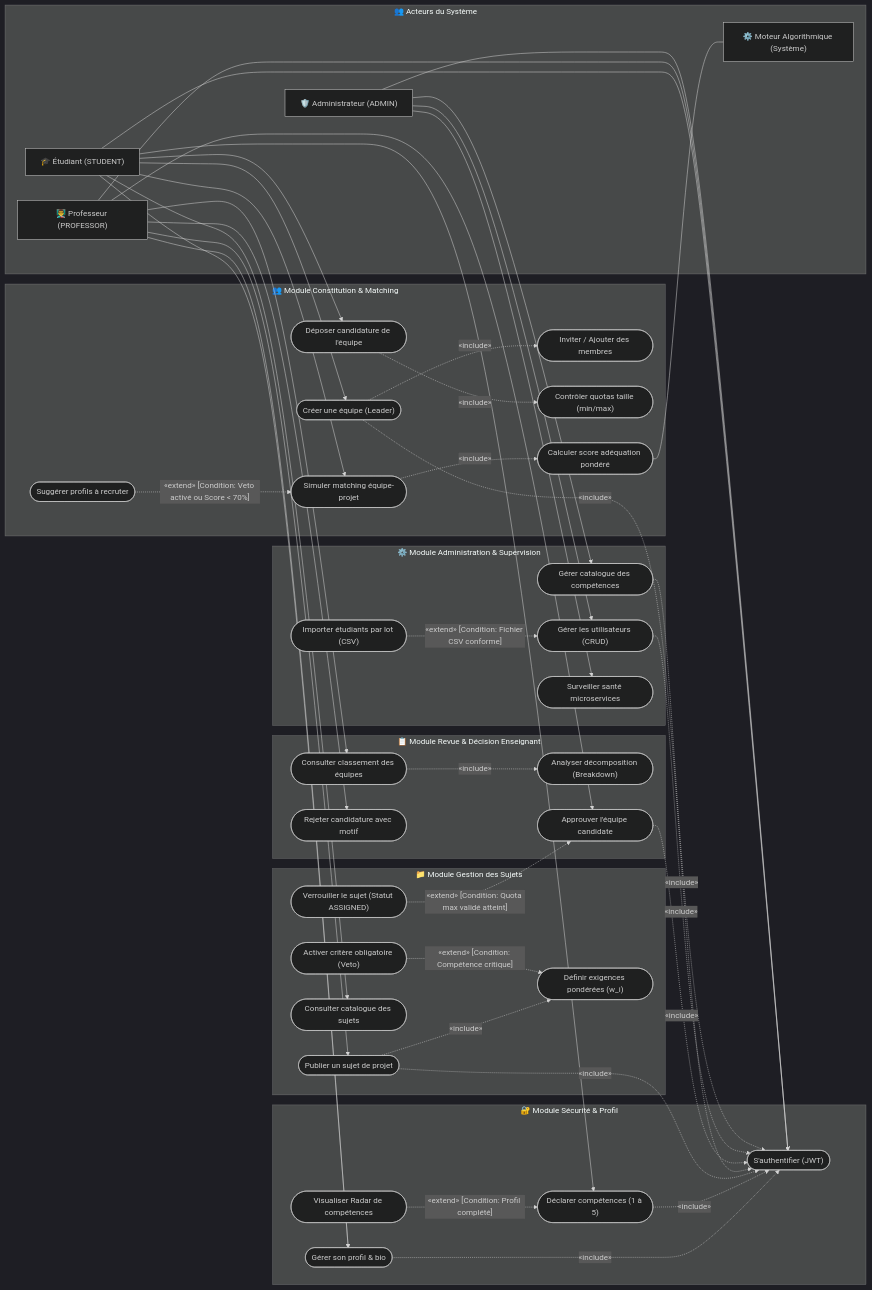
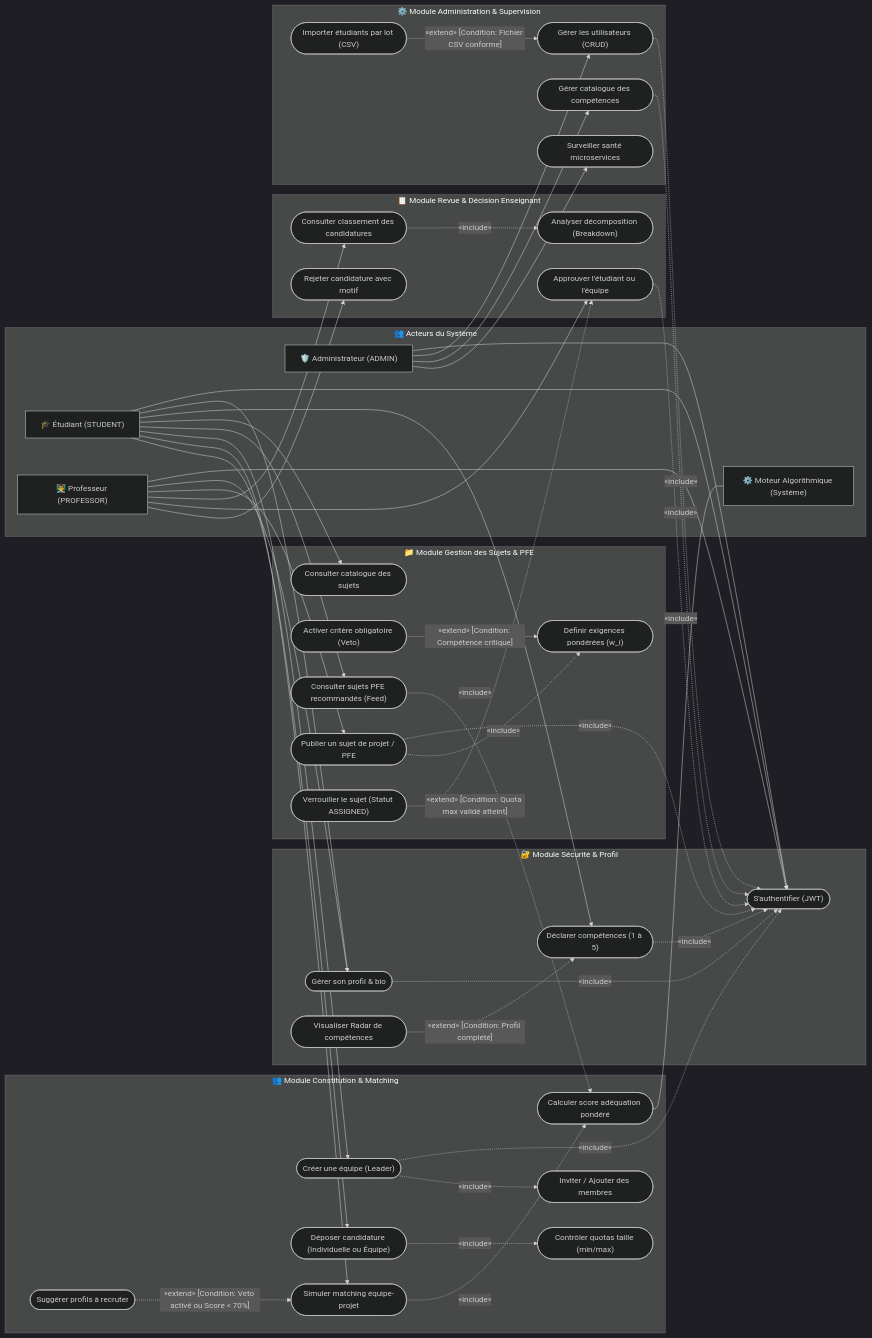
The third of 8 diagrams in README.md (Arhrid-Hamza/SmartCollab), drawn with Mermaid (dark theme) before and after one commit. The commit also changed other lines of this file and 1 other file, not shown here.

Commit message:
docs: enrich documentation with PFE topics management and student skill recommendation engine

```diff
--- a/README.md
+++ b/README.md
@@ -294,11 +297,12 @@
         UC_Radar(["Visualiser Radar de compétences"])
     end
 
-    subgraph Module_Projets["📁 Module Gestion des Sujets"]
-        UC_CreateProj(["Publier un sujet de projet"])
+    subgraph Module_Projets["📁 Module Gestion des Sujets & PFE"]
+        UC_CreateProj(["Publier un sujet de projet / PFE"])
         UC_DefReq(["Définir exigences pondérées (w_i)"])
         UC_SetVeto(["Activer critère obligatoire (Veto)"])
         UC_BrowseProj(["Consulter catalogue des sujets"])
+        UC_BrowsePfeRec(["Consulter sujets PFE recommandés (Feed)"])
         UC_LockProj(["Verrouiller le sujet (Statut ASSIGNED)"])
     end
 
@@ -309,13 +313,13 @@
         UC_SimMatch(["Simuler matching équipe-projet"])
         UC_CalcScore(["Calculer score adéquation pondéré"])
         UC_RecruitHelp(["Suggérer profils à recruter"])
-        UC_SubmitTeam(["Déposer candidature de l'équipe"])
+        UC_SubmitTeam(["Déposer candidature (Individuelle ou Équipe)"])
     end
 
     subgraph Module_Revue["📋 Module Revue & Décision Enseignant"]
-        UC_ReviewTeams(["Consulter classement des équipes"])
+        UC_ReviewTeams(["Consulter classement des candidatures"])
         UC_InspectBreakdown(["Analyser décomposition (Breakdown)"])
-        UC_ValidateTeam(["Approuver l'équipe candidate"])
+        UC_ValidateTeam(["Approuver l'étudiant ou l'équipe"])
         UC_RejectTeam(["Rejeter candidature avec motif"])
     end
 
@@ -331,6 +335,7 @@
     Etu --> UC_Profile
     Etu --> UC_Skills
     Etu --> UC_BrowseProj
+    Etu --> UC_BrowsePfeRec
     Etu --> UC_CreateTeam
     Etu --> UC_SimMatch
     Etu --> UC_SubmitTeam
@@ -354,6 +359,7 @@
     UC_CreateProj -.->|"«include»"| UC_DefReq
     UC_CreateTeam -.->|"«include»"| UC_Login
     UC_CreateTeam -.->|"«include»"| UC_InviteMember
+    UC_BrowsePfeRec -.->|"«include»"| UC_CalcScore
     UC_SubmitTeam -.->|"«include»"| UC_CheckTeamSize
     UC_SimMatch -.->|"«include»"| UC_CalcScore
     UC_CalcScore --- System
```
